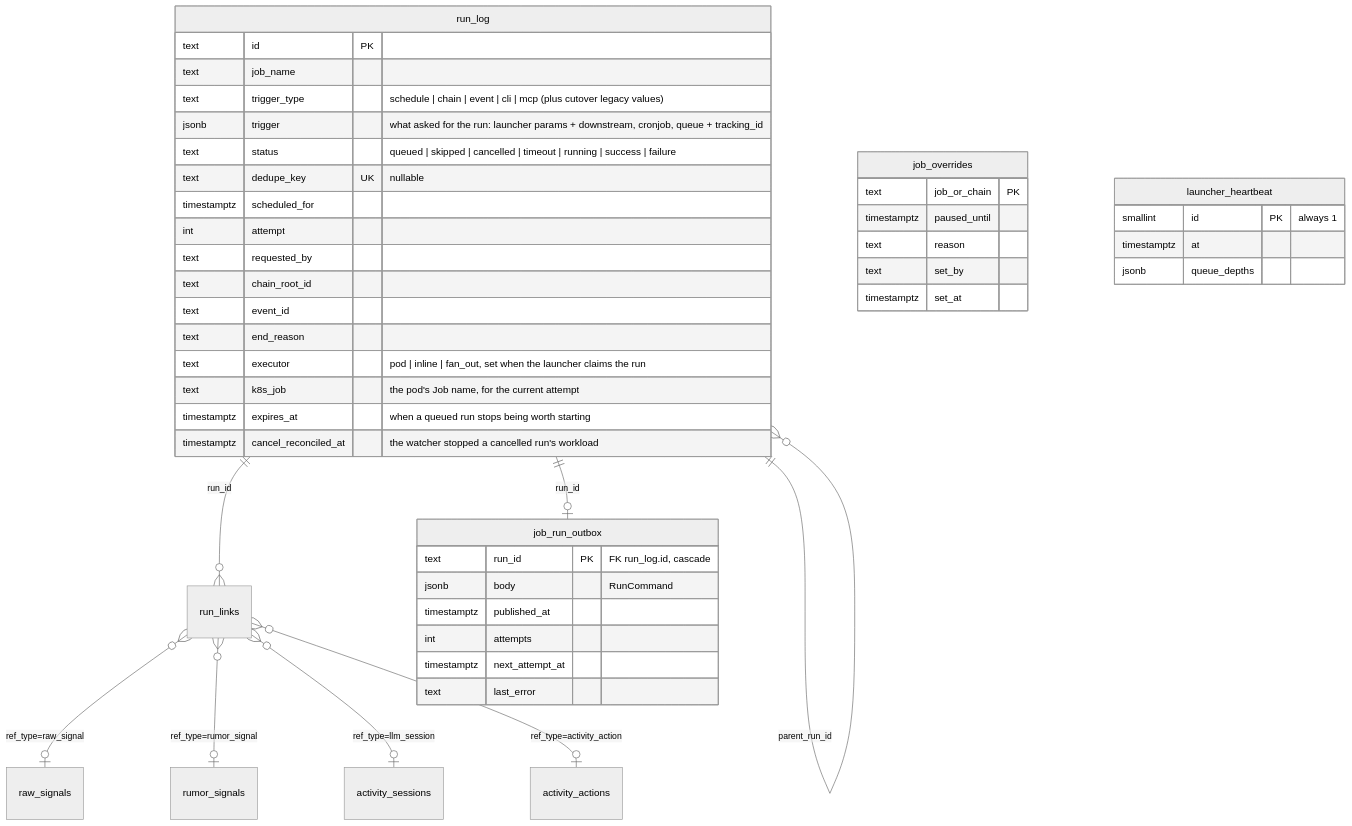
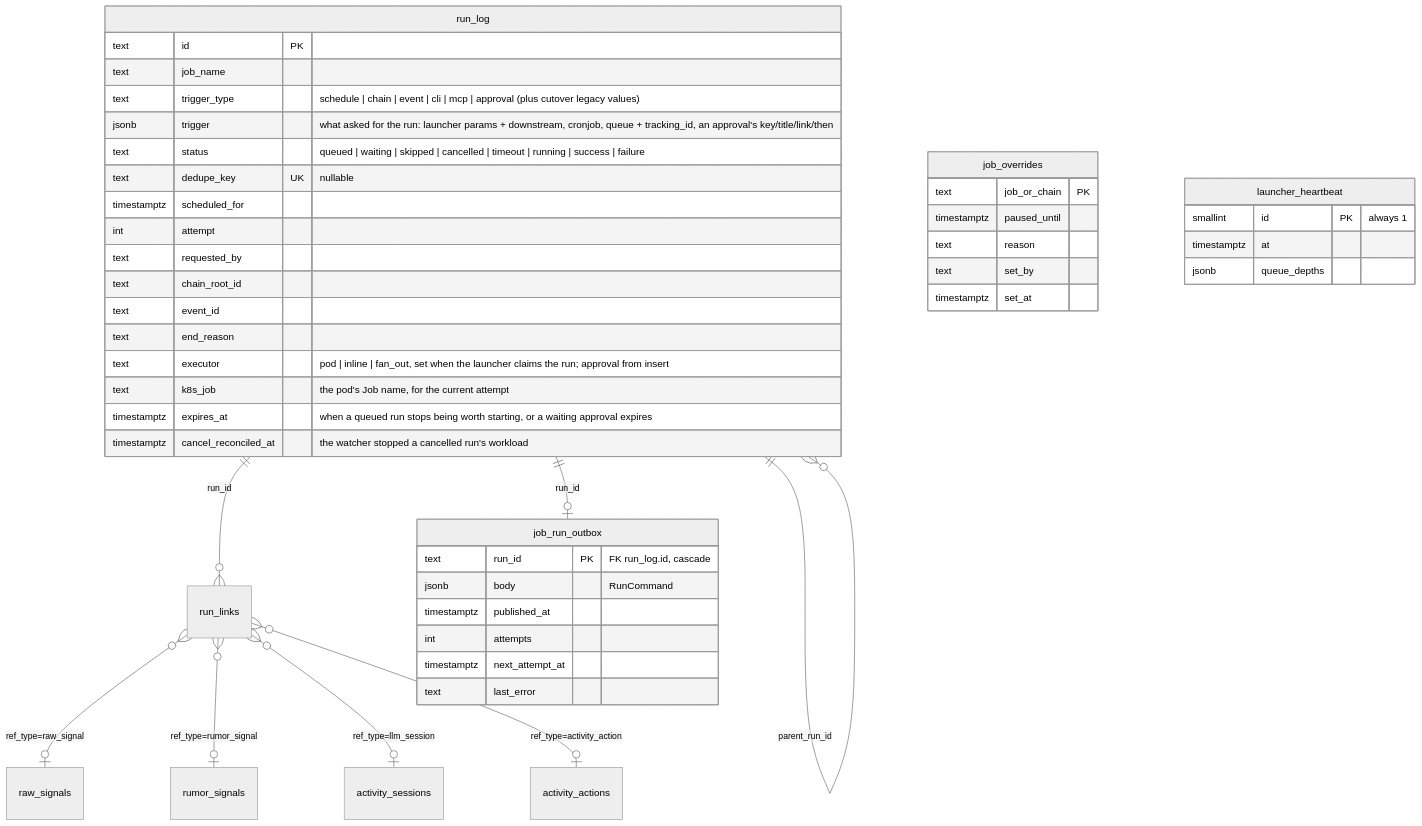
Before and after one commit to cvillarr23/fantasy-core-pipeline: the fifth of 6 diagrams in docs/data-model.md, drawn with Mermaid (neutral theme). The commit also changed 21 other files, not shown here.

First line of the commit message:
Add approval runs to the job launcher (#418)

````diff
--- a/docs/data-model.md
+++ b/docs/data-model.md
@@ -113,48 +113,48 @@
 ```mermaid
 erDiagram
     run_log ||--o{ run_links : "run_id"
     run_log ||--o| job_run_outbox : "run_id"
     run_log ||--o{ run_log : "parent_run_id"
     run_links }o--o| raw_signals : "ref_type=raw_signal"
     run_links }o--o| rumor_signals : "ref_type=rumor_signal"
     run_links }o--o| activity_sessions : "ref_type=llm_session"
     run_links }o--o| activity_actions : "ref_type=activity_action"
     run_log {
         text id PK
         text job_name
-        text trigger_type "schedule | chain | event | cli | mcp (plus cutover legacy values)"
-        jsonb trigger "what asked for the run: launcher params + downstream, cronjob, queue + tracking_id"
-        text status "queued | skipped | cancelled | timeout | running | success | failure"
+        text trigger_type "schedule | chain | event | cli | mcp | approval (plus cutover legacy values)"
+        jsonb trigger "what asked for the run: launcher params + downstream, cronjob, queue + tracking_id, an approval's key/title/link/then"
+        text status "queued | waiting | skipped | cancelled | timeout | running | success | failure"
         text dedupe_key UK "nullable"
         timestamptz scheduled_for
         int attempt
         text requested_by
         text chain_root_id
         text event_id
         text end_reason
-        text executor "pod | inline | fan_out, set when the launcher claims the run"
+        text executor "pod | inline | fan_out, set when the launcher claims the run; approval from insert"
         text k8s_job "the pod's Job name, for the current attempt"
-        timestamptz expires_at "when a queued run stops being worth starting"
+        timestamptz expires_at "when a queued run stops being worth starting, or a waiting approval expires"
         timestamptz cancel_reconciled_at "the watcher stopped a cancelled run's workload"
     }
     job_overrides {
         text job_or_chain PK
         timestamptz paused_until
         text reason
         text set_by
         timestamptz set_at
     }
     job_run_outbox {
         text run_id PK "FK run_log.id, cascade"
         jsonb body "RunCommand"
         timestamptz published_at
         int attempts
         timestamptz next_attempt_at
         text last_error
     }
     launcher_heartbeat {
         smallint id PK "always 1"
         timestamptz at
         jsonb queue_depths
     }
 ```
````
